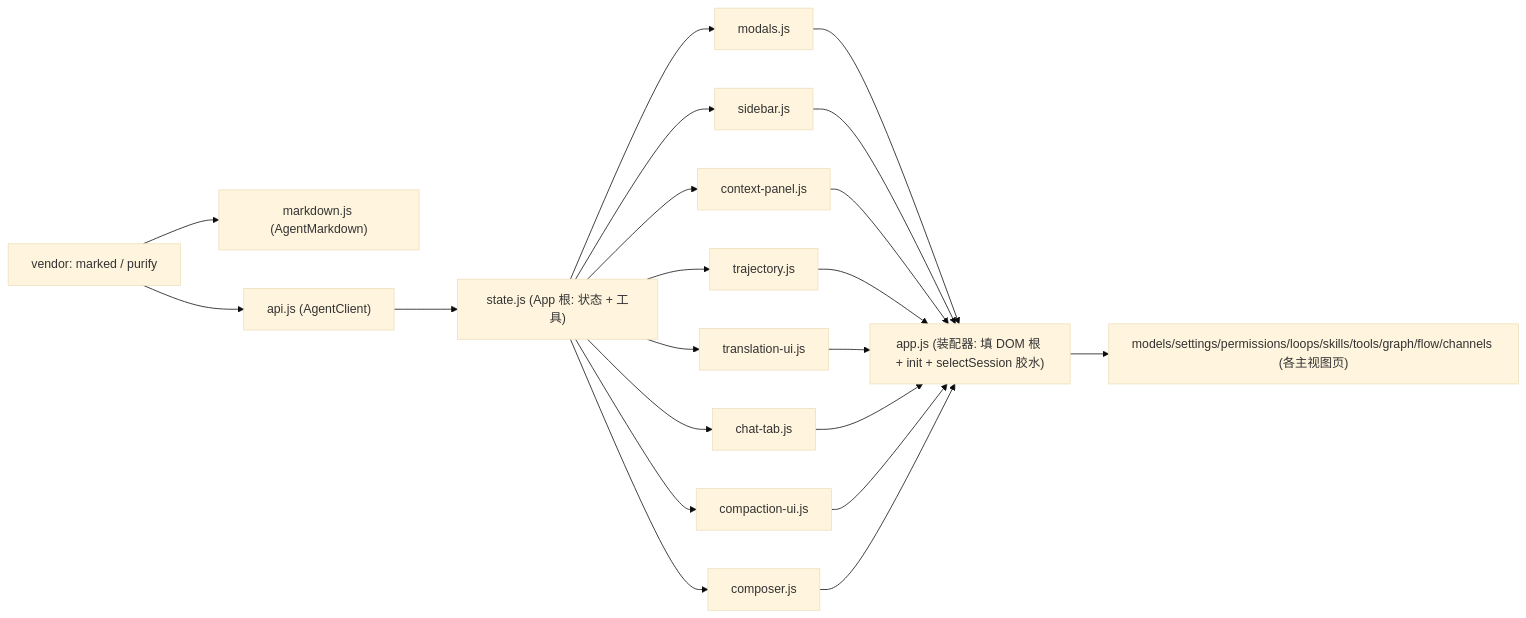
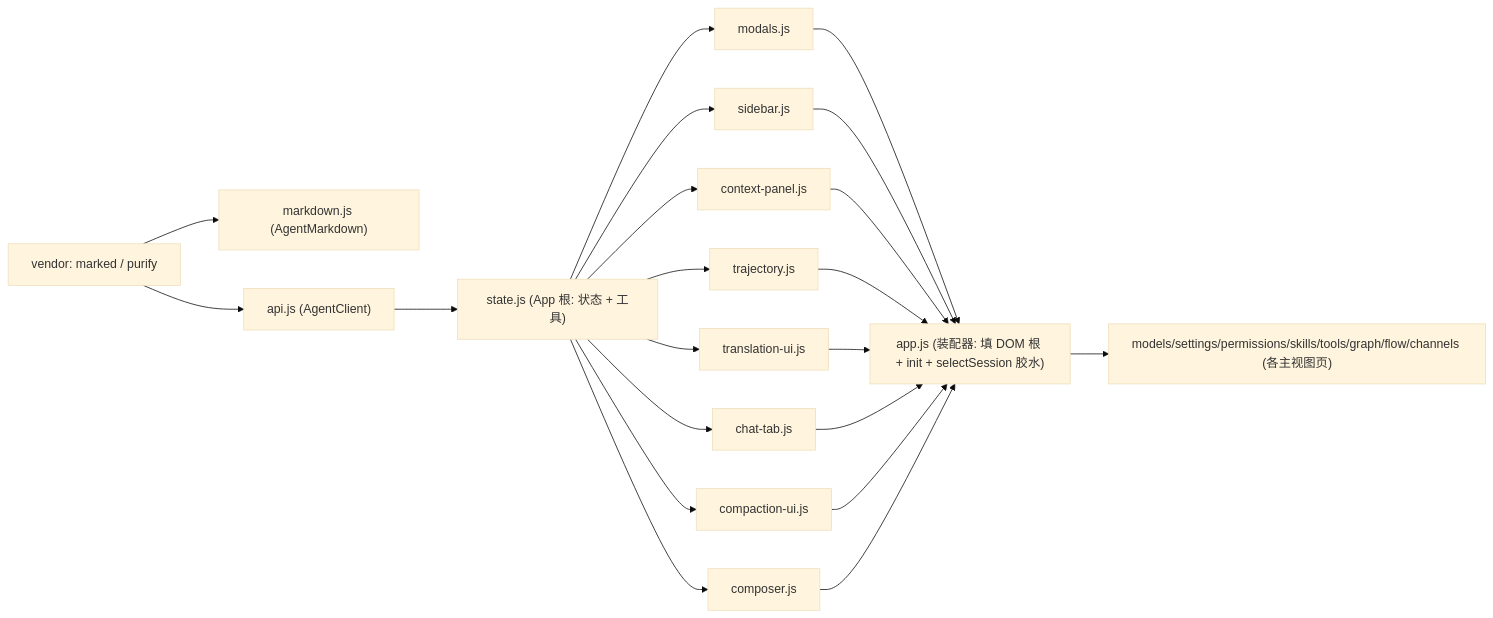
Before and after one commit to wingdever/agent: the first of 2 diagrams in docs/ui/ui.md, drawn with Mermaid (base theme). The commit also changed other lines of this file and 28 other files, not shown here.

````diff
--- a/docs/ui/ui.md
+++ b/docs/ui/ui.md
@@ -1061,23 +1034,23 @@
 ```mermaid
 graph LR
     V["vendor: marked / purify"] --> MD["markdown.js (AgentMarkdown)"]
     V --> API["api.js (AgentClient)"]
     API --> ST["state.js (App 根: 状态 + 工具)"]
     ST --> M["modals.js"]
     ST --> SB["sidebar.js"]
     ST --> CP["context-panel.js"]
     ST --> TR["trajectory.js"]
     ST --> TU["translation-ui.js"]
     ST --> CT["chat-tab.js"]
     ST --> CU["compaction-ui.js"]
     ST --> CO["composer.js"]
     M --> APP["app.js (装配器: 填 DOM 根 + init + selectSession 胶水)"]
     SB --> APP
     CP --> APP
     TR --> APP
     TU --> APP
     CT --> APP
     CU --> APP
     CO --> APP
-    APP --> MD2["models/settings/permissions/loops/skills/tools/graph/flow/channels (各主视图页)"]
+    APP --> MD2["models/settings/permissions/skills/tools/graph/flow/channels (各主视图页)"]
 ```
````
